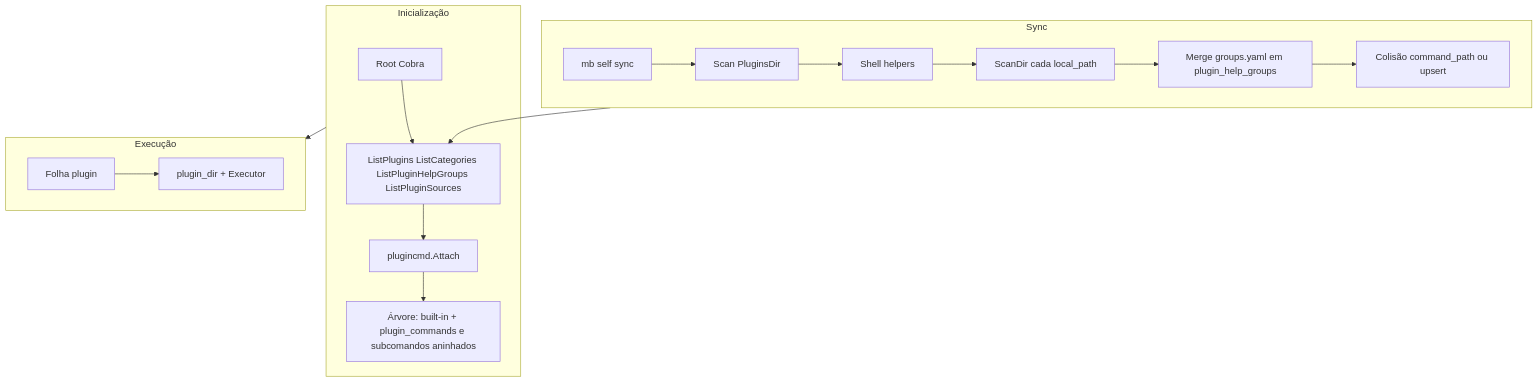
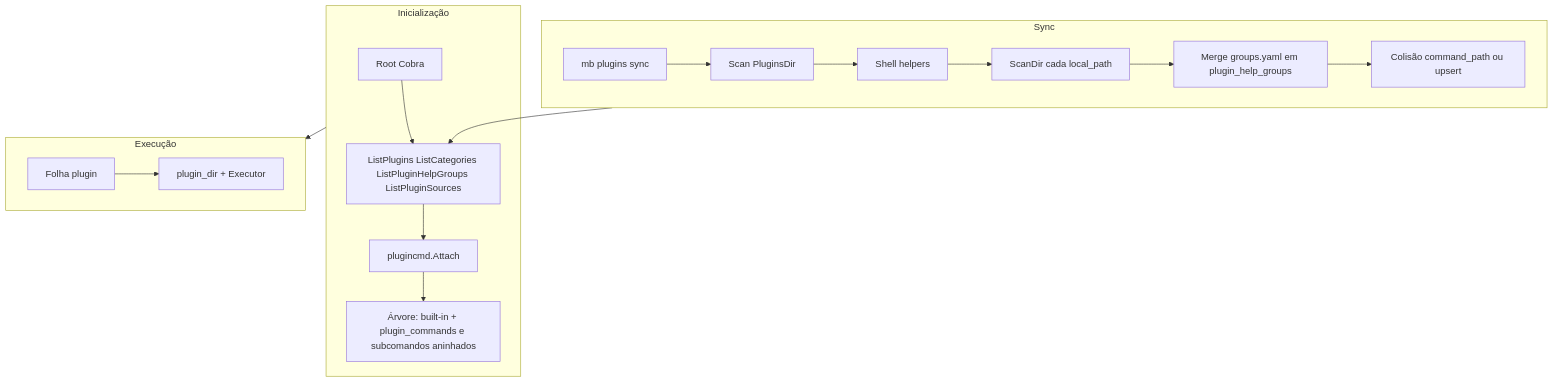
One commit to carlosdorneles-mb/mb-cli changed the diagram in docs/docs/technical-reference/architecture.md. Above: the diagram before and after it, drawn with Mermaid. The commit also changed other lines of this file and 22 other files, not shown here.

First line of the commit message:
refactor: replace `mb self sync` with `mb plugins sync` across documentation and scripts

````diff
--- a/docs/docs/technical-reference/architecture.md
+++ b/docs/docs/technical-reference/architecture.md
@@ -46,20 +46,20 @@
 ```mermaid
 flowchart TB
   subgraph init [Inicialização]
     A[Root Cobra] --> B[ListPlugins ListCategories ListPluginHelpGroups ListPluginSources]
     B --> C[plugincmd.Attach]
     C --> D[Árvore: built-in + plugin_commands e subcomandos aninhados]
   end
   subgraph sync [Sync]
-    E[mb self sync] --> F[Scan PluginsDir]
+    E[mb plugins sync] --> F[Scan PluginsDir]
     F --> G[Shell helpers]
     G --> H[ScanDir cada local_path]
     H --> I[Merge groups.yaml em plugin_help_groups]
     I --> J[Colisão command_path ou upsert]
   end
   subgraph run [Execução]
     K[Folha plugin] --> L[plugin_dir + Executor]
   end
   init --> run
   sync --> B
 ```
````
